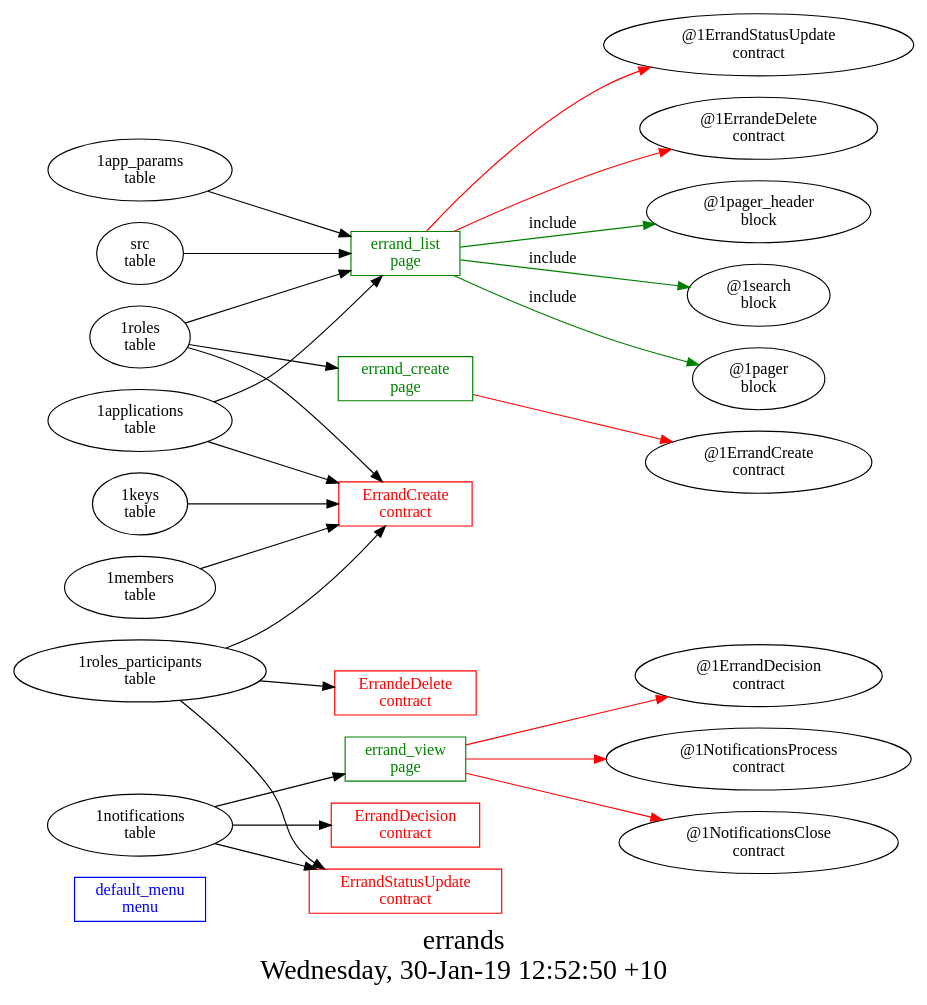
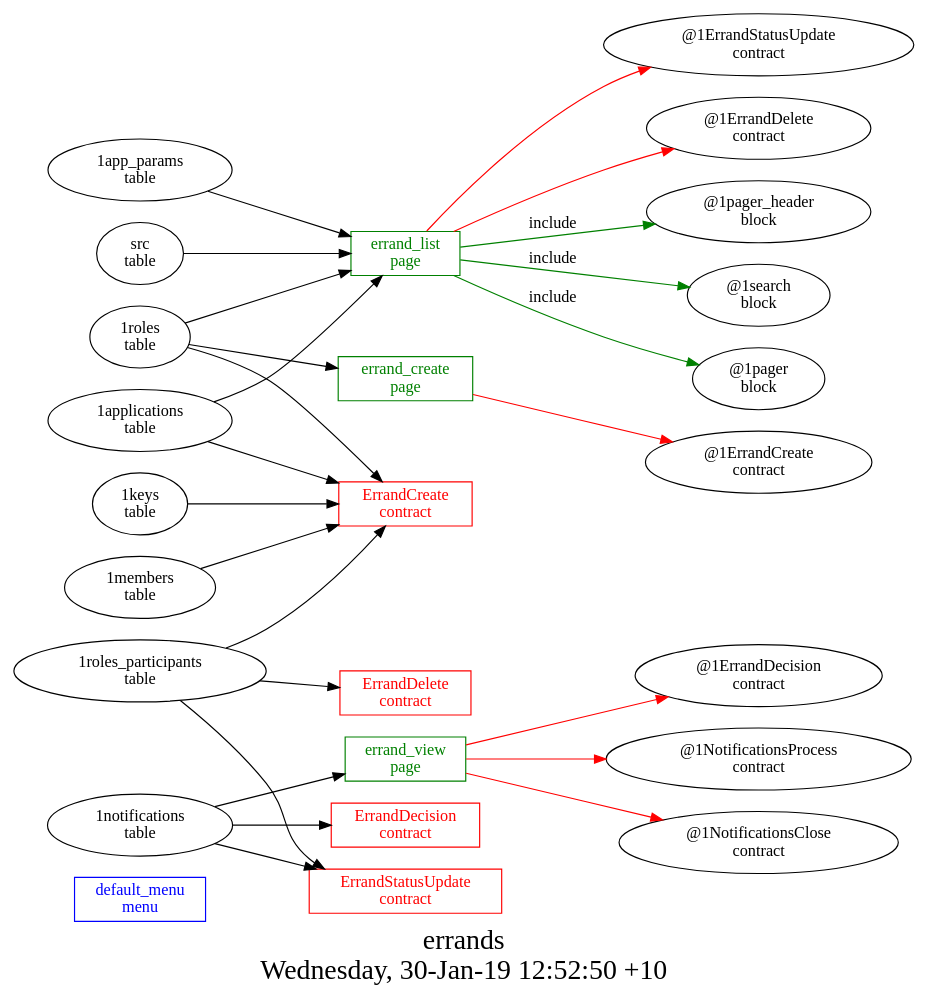
Before and after one commit to AplaProject/apps: the diagram in platform_apps/errands/struct.dot, drawn with Graphviz. The commit also changed 40 other files, not shown here.

```diff
--- a/platform_apps/errands/struct.dot
+++ b/platform_apps/errands/struct.dot
@@ -1,40 +1,40 @@
 digraph G {
 fontsize="24";
 label="errands\nWednesday, 30-Jan-19 12:52:50 +10";
 nojustify=true;
 ordering=out;
 rankdir=LR;
 size="30";
 "default_menu\nmenu" [color=blue, fontcolor=blue, group=menus, shape=record];
 "errand_create\npage" -> "@1ErrandCreate\ncontract"  [ color=red ]
 "1roles\ntable" -> "errand_create\npage"
 "errand_create\npage" [color=green, fontcolor=green, group=pages, shape=record];
 "errand_list\npage" -> "@1ErrandStatusUpdate\ncontract"  [ color=red ]
-"errand_list\npage" -> "@1ErrandeDelete\ncontract"  [ color=red ]
+"errand_list\npage" -> "@1ErrandDelete\ncontract"  [ color=red ]
 "1applications\ntable" -> "errand_list\npage"
 "1app_params\ntable" -> "errand_list\npage"
 "src\ntable" -> "errand_list\npage"
 "1roles\ntable" -> "errand_list\npage"
 "errand_list\npage" -> "@1pager_header\nblock"  [ color=green, label=include ]
 "errand_list\npage" -> "@1search\nblock"  [ color=green, label=include ]
 "errand_list\npage" -> "@1pager\nblock"  [ color=green, label=include ]
 "errand_list\npage" [color=green, fontcolor=green, group=pages, shape=record];
 "errand_view\npage" -> "@1ErrandDecision\ncontract"  [ color=red ]
 "errand_view\npage" -> "@1NotificationsProcess\ncontract"  [ color=red ]
 "errand_view\npage" -> "@1NotificationsClose\ncontract"  [ color=red ]
 "1notifications\ntable" -> "errand_view\npage"
 "errand_view\npage" [color=green, fontcolor=green, group=pages, shape=record];
 "1applications\ntable" -> "ErrandCreate\ncontract"
 "1roles_participants\ntable" -> "ErrandCreate\ncontract"
 "1roles\ntable" -> "ErrandCreate\ncontract"
 "1members\ntable" -> "ErrandCreate\ncontract"
 "1keys\ntable" -> "ErrandCreate\ncontract"
 "ErrandCreate\ncontract" [color=red, fontcolor=red, group=contracts, shape=record];
 "1notifications\ntable" -> "ErrandDecision\ncontract"
 "ErrandDecision\ncontract" [color=red, fontcolor=red, group=contracts, shape=record];
 "1roles_participants\ntable" -> "ErrandStatusUpdate\ncontract"
 "1notifications\ntable" -> "ErrandStatusUpdate\ncontract"
 "ErrandStatusUpdate\ncontract" [color=red, fontcolor=red, group=contracts, shape=record];
-"1roles_participants\ntable" -> "ErrandeDelete\ncontract"
-"ErrandeDelete\ncontract" [color=red, fontcolor=red, group=contracts, shape=record];
+"1roles_participants\ntable" -> "ErrandDelete\ncontract"
+"ErrandDelete\ncontract" [color=red, fontcolor=red, group=contracts, shape=record];
 }
```
